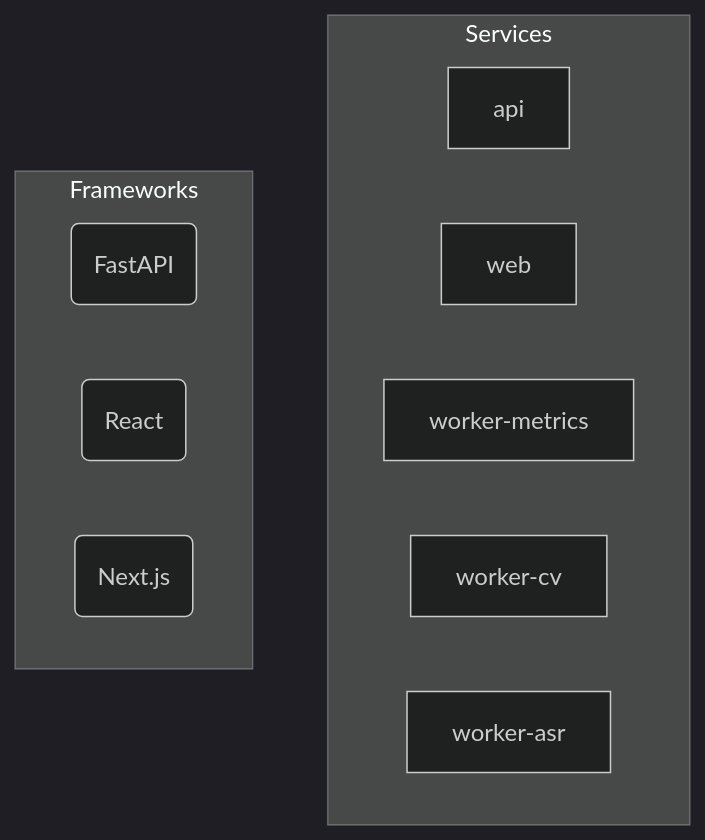
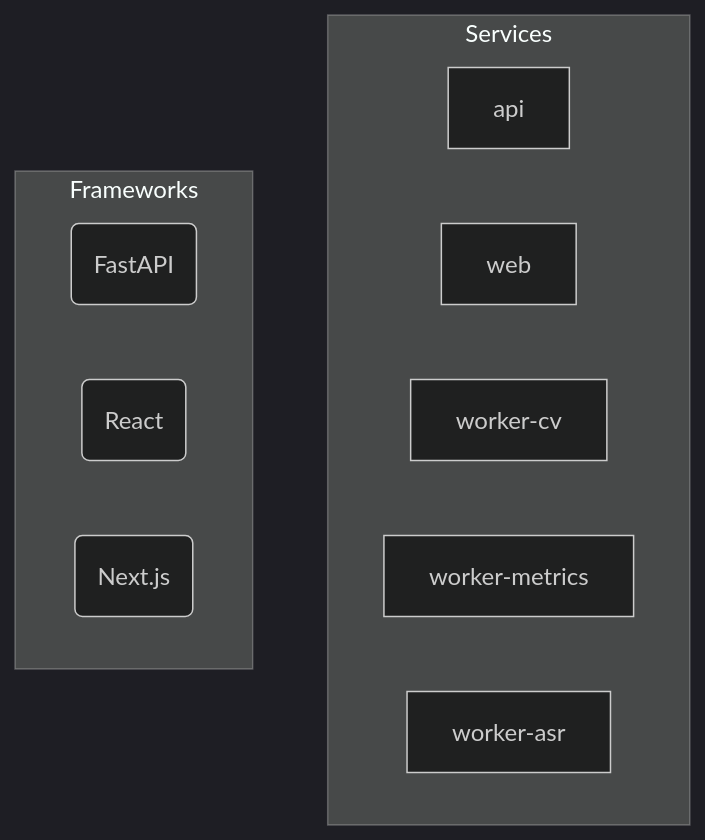
Before and after one commit to NITISH-R-G/PedagogyX: the diagram in README.md, drawn with Mermaid (dark theme). The commit also changed other lines of this file and 3 other files, not shown here.

Commit message:
docs: auto-generate repository documentation and diagrams [skip ci]

````diff
--- a/README.md
+++ b/README.md
@@ -40,22 +38,22 @@
 ```mermaid
 graph TD
     subgraph Services
         api["api"]
         click api href "services/api" "Go to api source"
         web["web"]
         click web href "services/web" "Go to web source"
+        worker_cv["worker-cv"]
+        click worker_cv href "services/worker-cv" "Go to worker-cv source"
         worker_metrics["worker-metrics"]
         click worker_metrics href "services/worker-metrics" "Go to worker-metrics source"
-        worker_cv["worker-cv"]
-        click worker_cv href "services/worker-cv" "Go to worker-cv source"
         worker_asr["worker-asr"]
         click worker_asr href "services/worker-asr" "Go to worker-asr source"
     end
 
     subgraph Frameworks
         FastAPI(FastAPI)
         React(React)
         Next_js(Next.js)
     end
 
 ```
````
